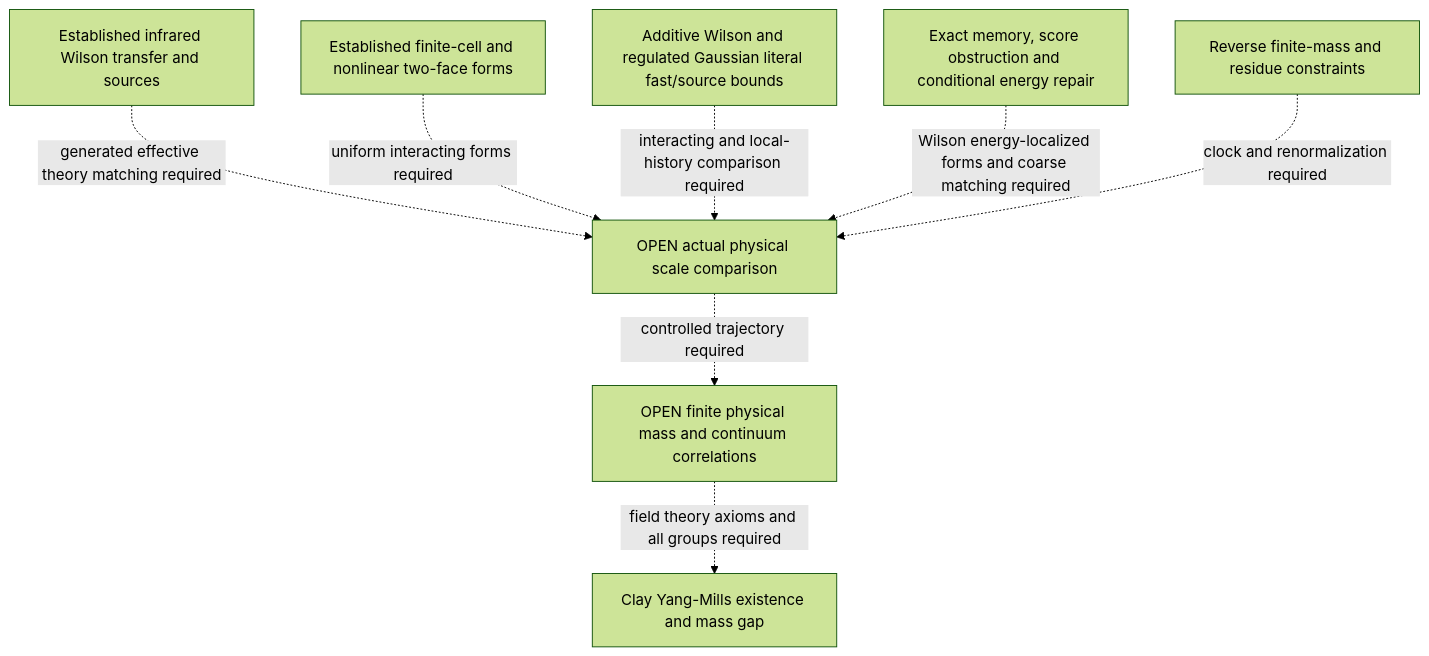
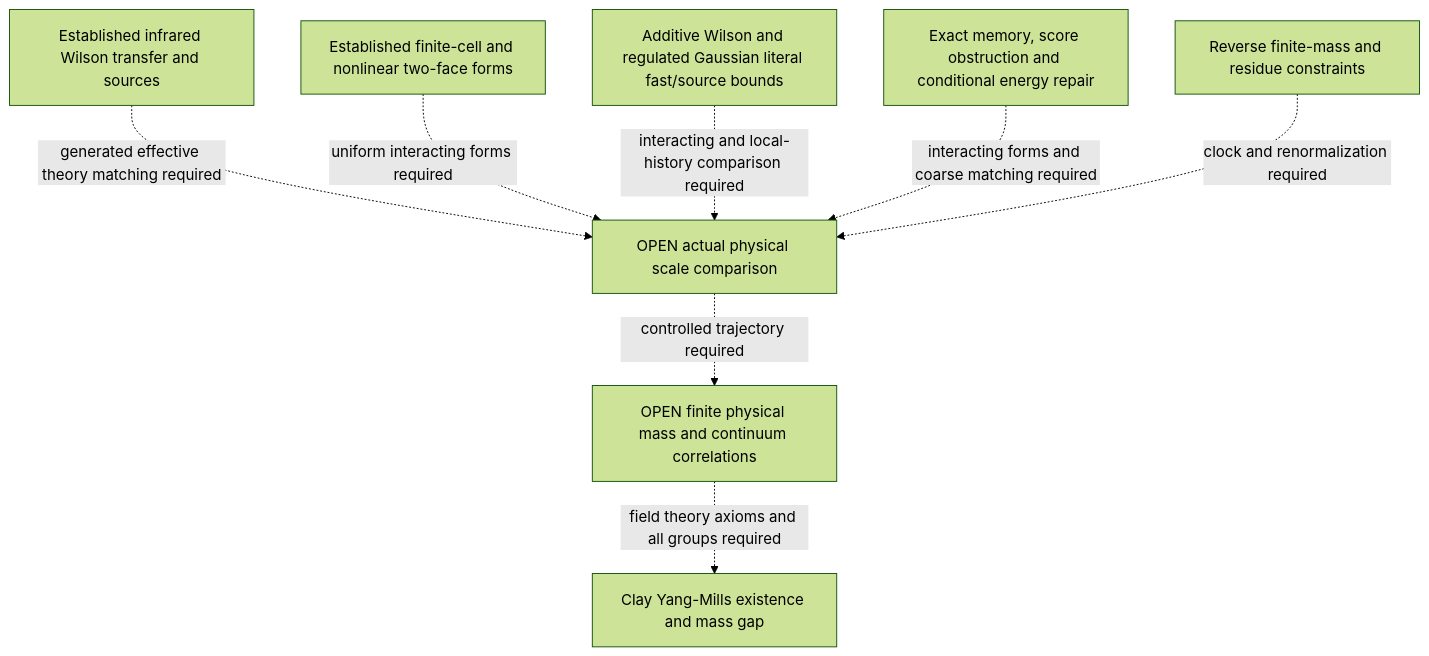
Before and after one commit to ats314/WORKHOUSE: the diagram in docs/research_goal.md, drawn with Mermaid (forest theme). The commit also changed other lines of this file and 131 other files, not shown here.

Commit message:
Compare complete Wilson endpoints with localized and covariant sources

````diff
--- a/docs/research_goal.md
+++ b/docs/research_goal.md
@@ -97,10 +97,10 @@
 ```mermaid
 flowchart TD
   IR[Established infrared Wilson transfer and sources] -. generated effective theory matching required .-> RG[OPEN actual physical scale comparison]
   UV[Established finite-cell and nonlinear two-face forms] -. uniform interacting forms required .-> RG
   LS[Additive Wilson and regulated Gaussian literal fast/source bounds] -. interacting and local-history comparison required .-> RG
-  FM[Exact memory, score obstruction and conditional energy repair] -. Wilson energy-localized forms and coarse matching required .-> RG
+  FM[Exact memory, score obstruction and conditional energy repair] -. interacting forms and coarse matching required .-> RG
   R[Reverse finite-mass and residue constraints] -. clock and renormalization required .-> RG
   RG -. controlled trajectory required .-> C[OPEN finite physical mass and continuum correlations]
   C -. field theory axioms and all groups required .-> YM[Clay Yang-Mills existence and mass gap]
 ```
````
